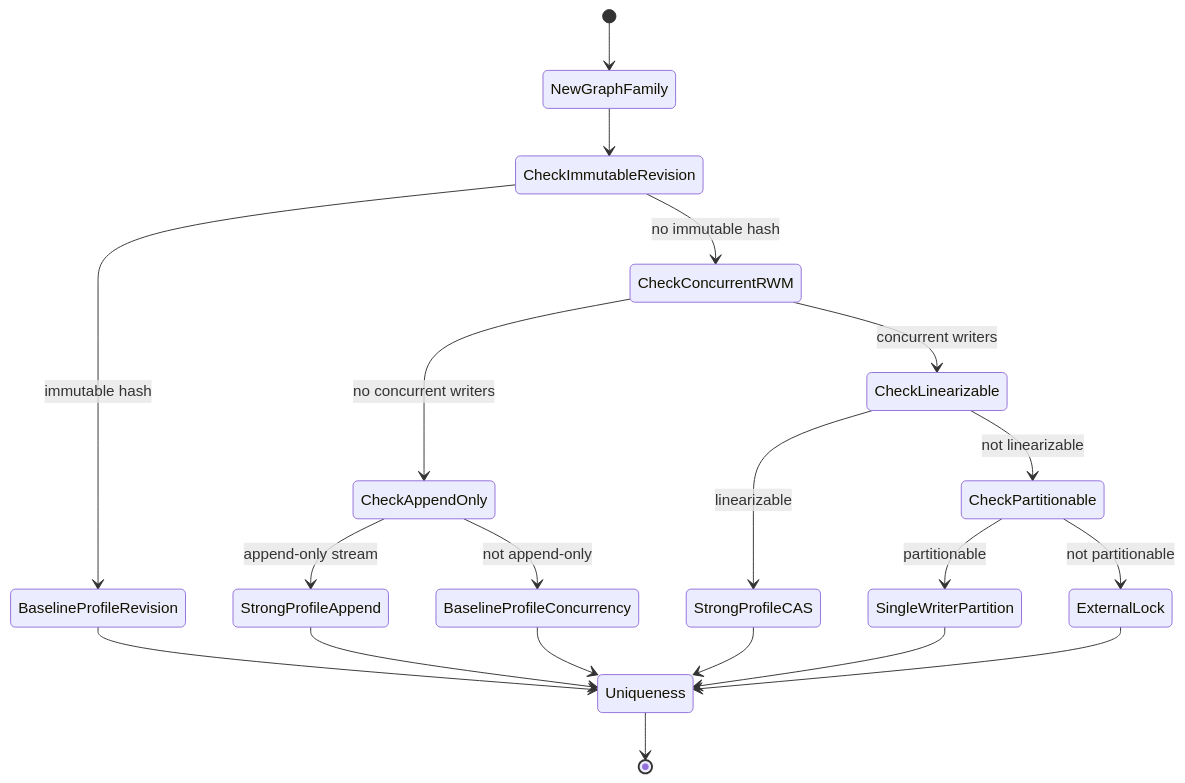
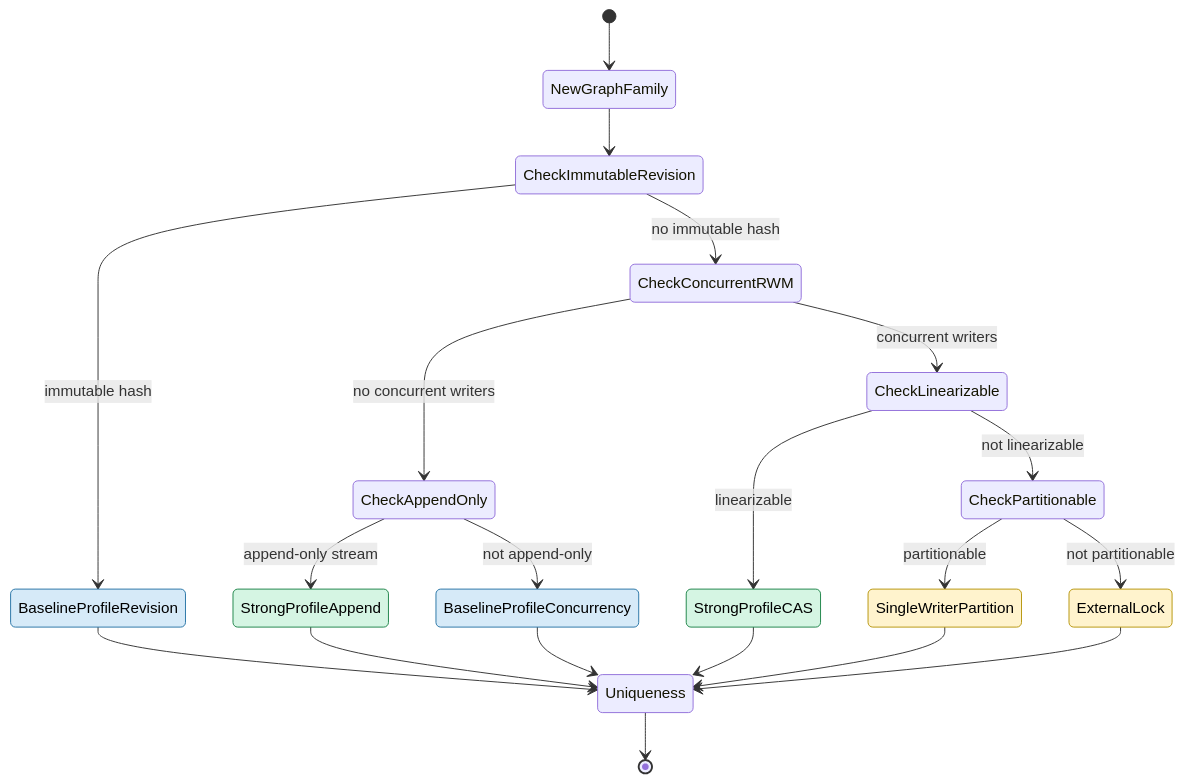
One commit to nebularis/lattice changed diagram 16 of 50 in ontology/persistence/README.md. Above: the diagram before and after it, drawn with Mermaid. The commit also changed other lines of this file and 9 other files, not shown here.

````diff
--- a/ontology/persistence/README.md
+++ b/ontology/persistence/README.md
@@ -1593,30 +1688,36 @@
 ```mermaid
 stateDiagram-v2
     [*] --> NewGraphFamily
     
     NewGraphFamily --> CheckImmutableRevision
     
     CheckImmutableRevision --> BaselineProfileRevision: immutable hash
     CheckImmutableRevision --> CheckConcurrentRWM: no immutable hash
     
     CheckConcurrentRWM --> CheckAppendOnly: no concurrent writers
     CheckConcurrentRWM --> CheckLinearizable: concurrent writers
     
     CheckAppendOnly --> StrongProfileAppend: append-only stream
     CheckAppendOnly --> BaselineProfileConcurrency: not append-only
     
     CheckLinearizable --> StrongProfileCAS: linearizable
     CheckLinearizable --> CheckPartitionable: not linearizable
     
     CheckPartitionable --> SingleWriterPartition: partitionable
     CheckPartitionable --> ExternalLock: not partitionable
     
     BaselineProfileRevision --> Uniqueness
     StrongProfileAppend --> Uniqueness
     BaselineProfileConcurrency --> Uniqueness
     StrongProfileCAS --> Uniqueness
     SingleWriterPartition --> Uniqueness
     ExternalLock --> Uniqueness
     
     Uniqueness --> [*]
+    classDef tool fill:#d6eaf8,stroke:#2874a6,color:#000
+    classDef data fill:#d5f5e3,stroke:#1e8449,color:#000
+    classDef history fill:#fff3cd,stroke:#b7950b,color:#000
+    class BaselineProfileRevision,BaselineProfileConcurrency tool
+    class StrongProfileAppend,StrongProfileCAS data
+    class SingleWriterPartition,ExternalLock history
 ```
````
